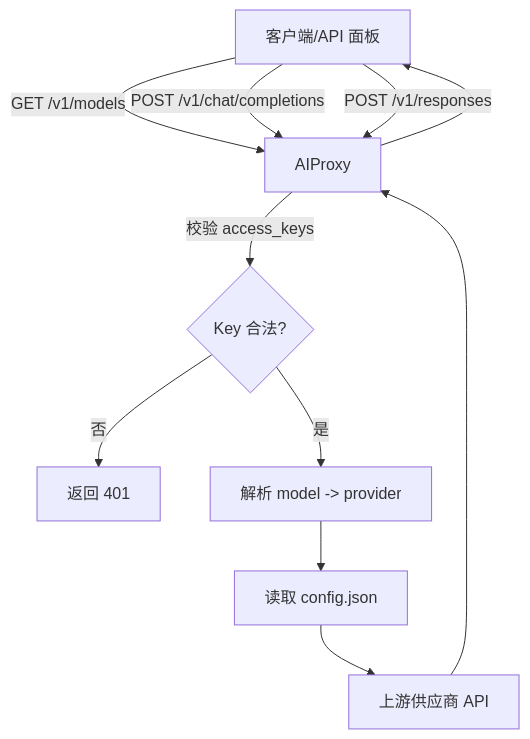
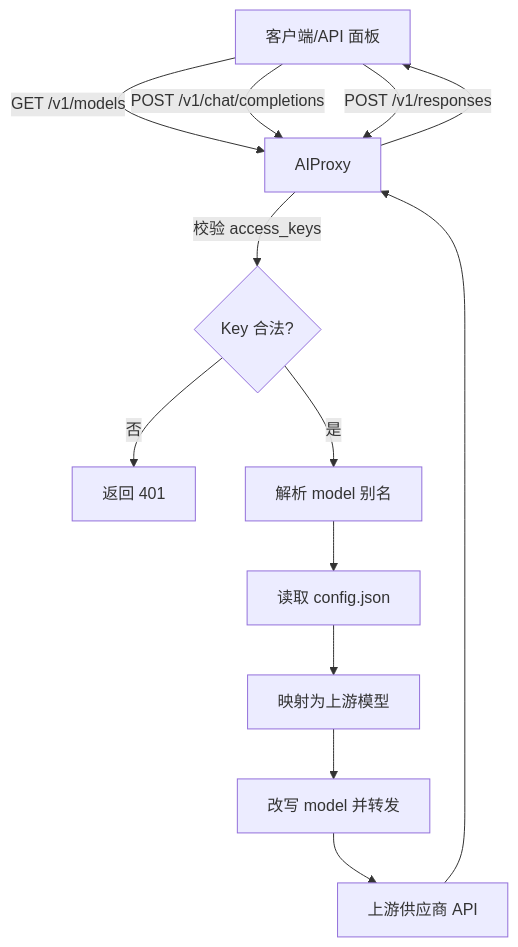
The second of 2 diagrams in README.md (lazeyliu/affine-copilot-fix), drawn with Mermaid before and after one commit. The commit also changed other lines of this file and 1 other file, not shown here.

Commit message:
Clarify model mapping in diagrams

````diff
--- a/README.md
+++ b/README.md
@@ -58,15 +59,17 @@
 ```mermaid
 flowchart TD
   Client[客户端/API 面板] -->|GET /v1/models| Proxy[AIProxy]
   Client -->|POST /v1/chat/completions| Proxy
   Client -->|POST /v1/responses| Proxy
 
   Proxy -->|校验 access_keys| Auth{Key 合法?}
   Auth -- 否 --> Reject[返回 401]
-  Auth -- 是 --> Route[解析 model -> provider]
+  Auth -- 是 --> Route[解析 model 别名]
 
   Route --> Config[读取 config.json]
-  Config --> Provider[上游供应商 API]
+  Config --> Map[映射为上游模型]
+  Map --> Rewrite[改写 model 并转发]
+  Rewrite --> Provider[上游供应商 API]
 
   Provider --> Proxy --> Client
 ```
````
